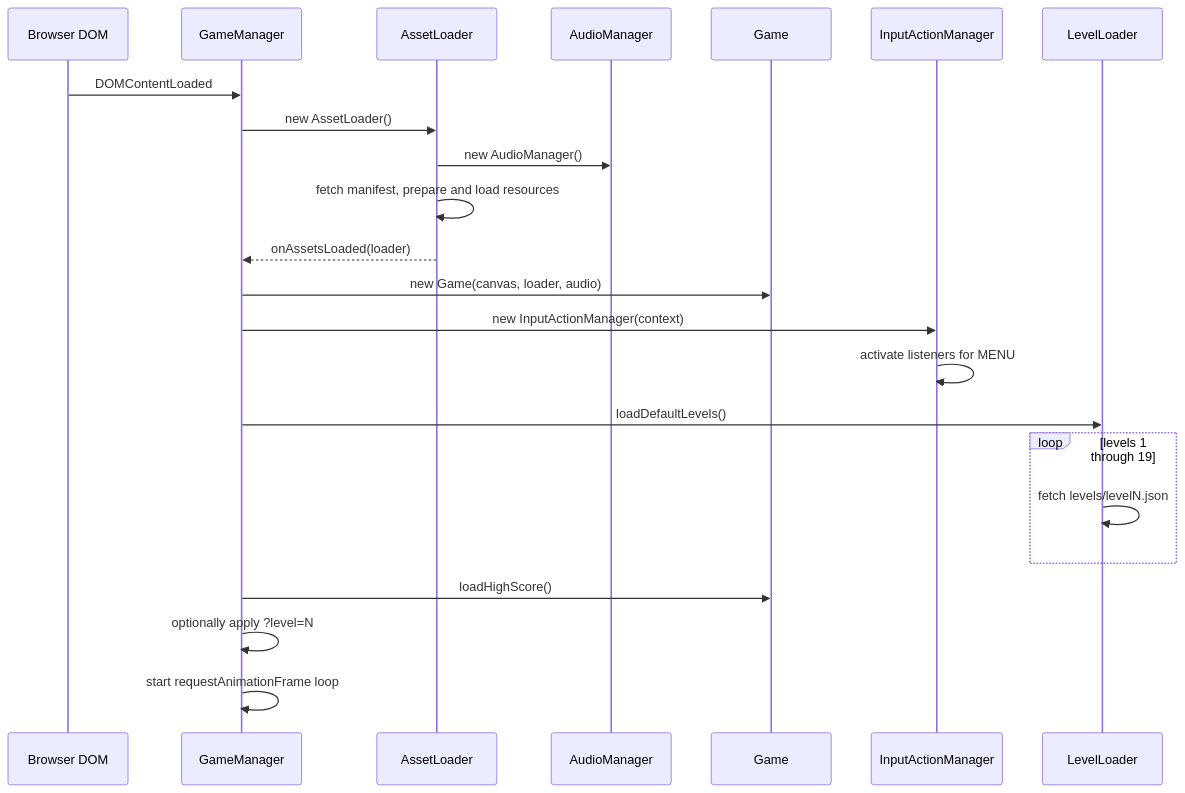
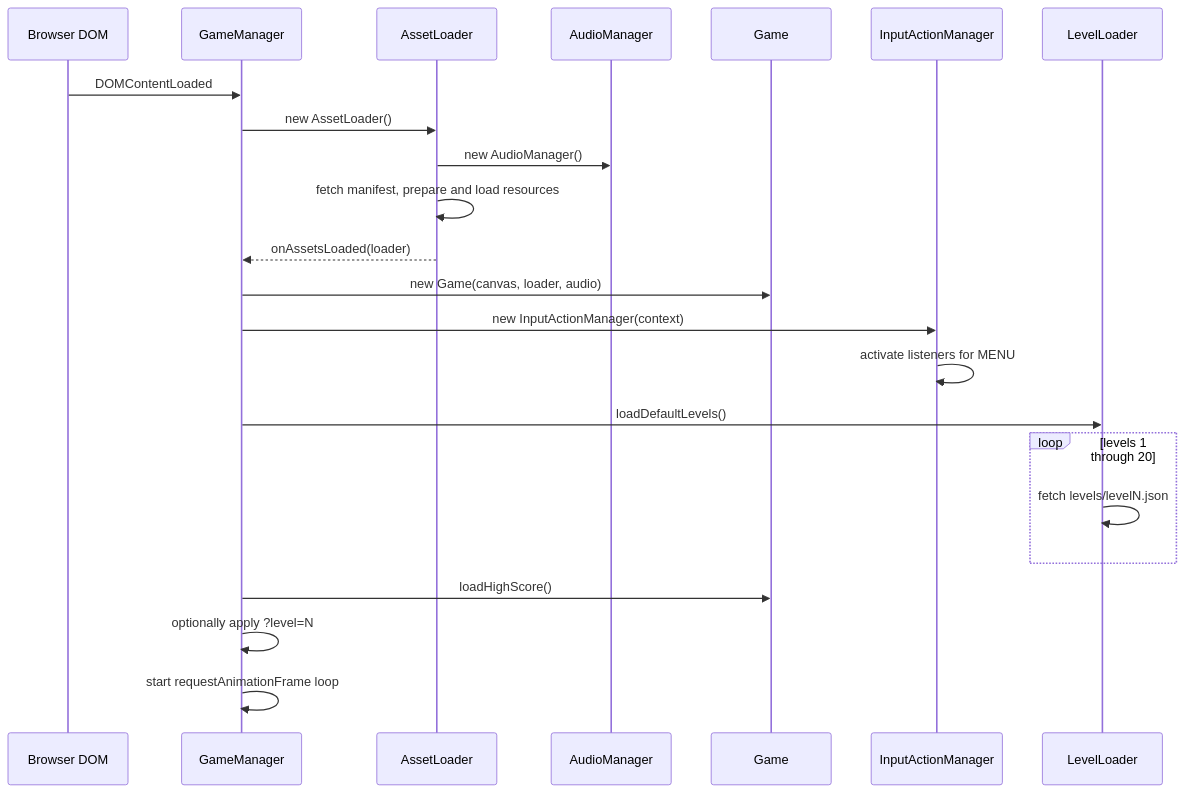
The fourth of 15 diagrams in ARCHITECTURE.md (Newah1/SpacedPenguin), drawn with Mermaid before and after one commit. The commit also changed other lines of this file and 20 other files, not shown here.

````diff
--- a/ARCHITECTURE.md
+++ b/ARCHITECTURE.md
@@ -159,26 +159,26 @@
 ```mermaid
 sequenceDiagram
     participant DOM as Browser DOM
     participant GM as GameManager
     participant AL as AssetLoader
     participant AM as AudioManager
     participant G as Game
     participant IA as InputActionManager
     participant LL as LevelLoader
 
     DOM->>GM: DOMContentLoaded
     GM->>AL: new AssetLoader()
     AL->>AM: new AudioManager()
     AL->>AL: fetch manifest, prepare and load resources
     AL-->>GM: onAssetsLoaded(loader)
     GM->>G: new Game(canvas, loader, audio)
     GM->>IA: new InputActionManager(context)
     IA->>IA: activate listeners for MENU
     GM->>LL: loadDefaultLevels()
-    loop levels 1 through 19
+    loop levels 1 through 20
         LL->>LL: fetch levels/levelN.json
     end
     GM->>G: loadHighScore()
     GM->>GM: optionally apply ?level=N
     GM->>GM: start requestAnimationFrame loop
 ```
````
